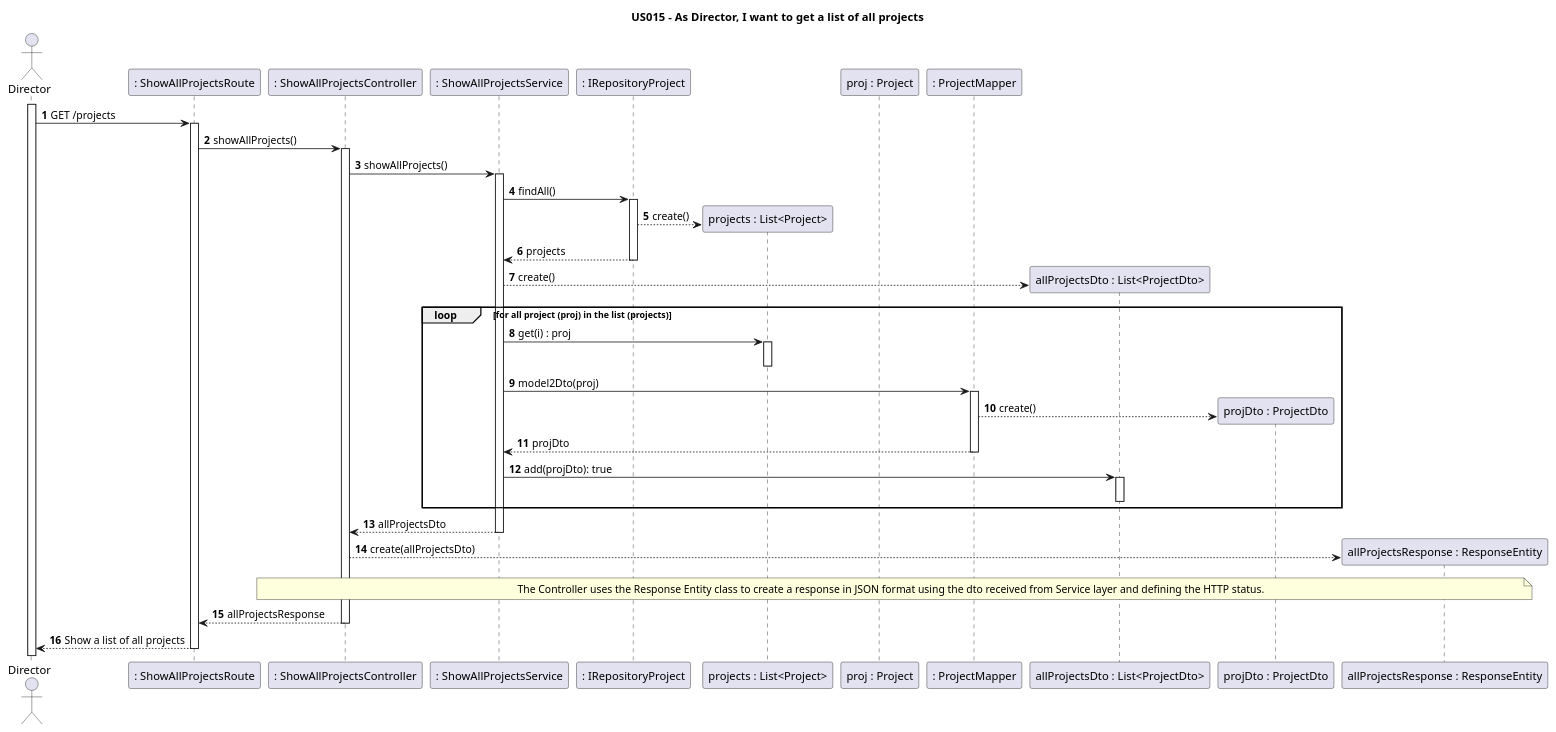
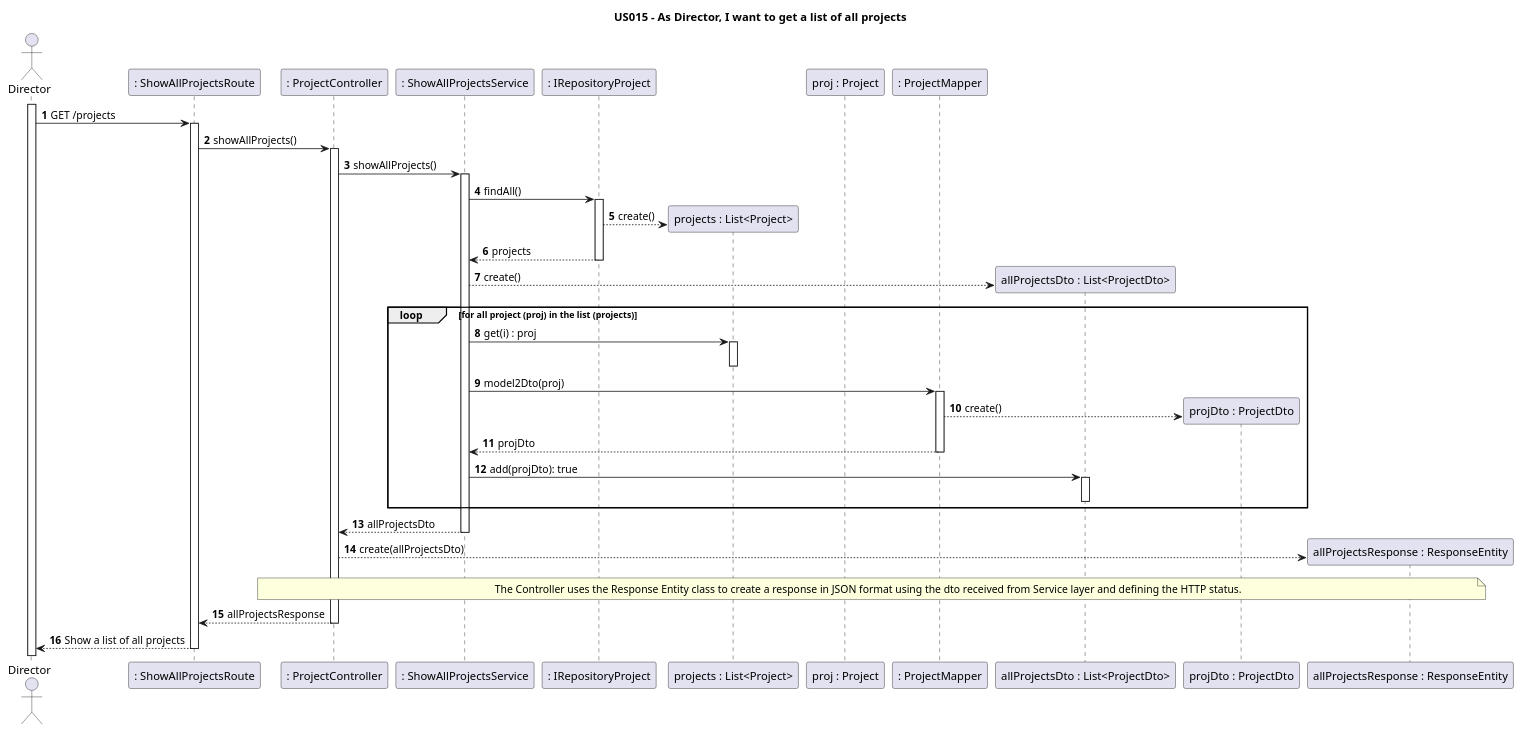
Before and after one commit to nunogon1211787/projectManagement: the diagram in docs/Sprint2/US015/US015-SD.puml, drawn with PlantUML. The commit also changed 4 other files, not shown here.

Commit message:
US015: Review: switch to ProjectController and fix diagrams. resolve #106

```diff
--- a/docs/Sprint2/US015/US015-SD.puml
+++ b/docs/Sprint2/US015/US015-SD.puml
@@ -1,64 +1,64 @@
 @startuml
 'https://plantuml.com/sequence-diagram
 
 title US015 - As Director, I want to get a list of all projects
 
 autonumber
 
 actor Director as actor
 participant ": ShowAllProjectsRoute" as Route
-participant ": ShowAllProjectsController" as Ctrl
+participant ": ProjectController" as Ctrl
 participant ": ShowAllProjectsService" as Srv
 participant ": IRepositoryProject" as store
 participant "projects : List<Project>" as list
 participant "proj : Project" as proj
 participant ": ProjectMapper" as map
 participant "allProjectsDto : List<ProjectDto>" as listDto
 participant "projDto : ProjectDto" as dto
 participant "allProjectsResponse : ResponseEntity" as json
 
 activate actor
 autoactivate on
 
 actor -> Route: GET /projects
 
 Route -> Ctrl: showAllProjects()
 
 Ctrl -> Srv: showAllProjects()
 
 Srv -> store: findAll()
 
 store --> list**: create()
 
 store --> Srv: projects
 
 Srv --> listDto**: create()
 
 loop for all project (proj) in the list (projects)
 
 Srv -> list: get(i) : proj
 deactivate
 
 Srv -> map: model2Dto(proj)
 
 map --> dto**: create()
 
 map --> Srv : projDto
 
 Srv -> listDto: add(projDto): true
 deactivate
 
 end
 
 Srv --> Ctrl: allProjectsDto
 
 Ctrl --> json**: create(allProjectsDto)
 
 note over Ctrl, json : The Controller uses the Response Entity class to create a response in JSON format using the dto received from Service layer and defining the HTTP status.
 
 Ctrl --> Route: allProjectsResponse
 
 Route --> actor: Show a list of all projects
 
 
 @enduml
```
